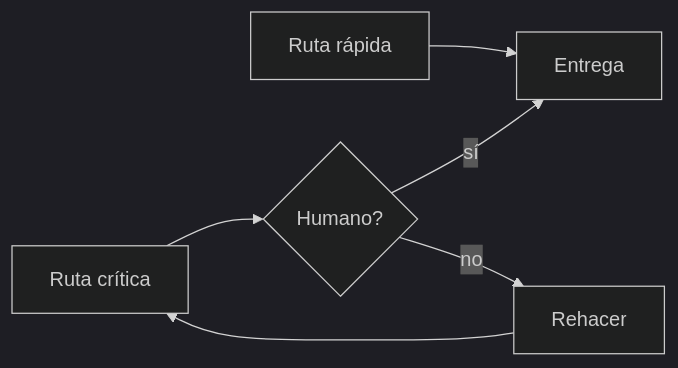
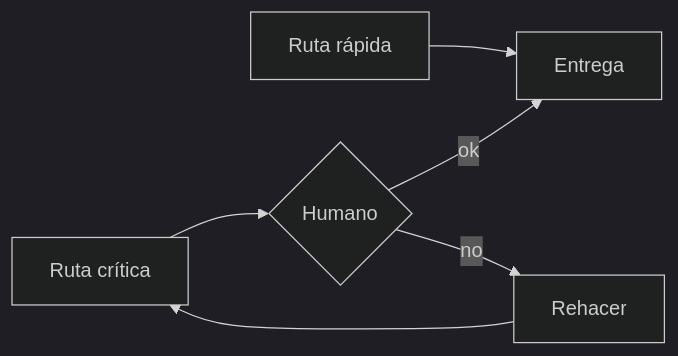
One commit to SERGIOIVORRA/Manual-Software-Factory-ES changed the diagram in README.md. Above: the diagram before and after it, drawn with Mermaid (dark theme). The commit also changed other lines of this file and 5 other files, not shown here.

Commit message:
Upgrade README diagrams to clearer pro visual boards

````diff
--- a/README.md
+++ b/README.md
@@ -66,8 +25,8 @@
 ```mermaid
 flowchart LR
-  Auto[Ruta rápida] --> OK[Entrega]
-  Crit[Ruta crítica] --> H{Humano?}
-  H -->|sí| OK
-  H -->|no| Fix[Rehacer]
-  Fix --> Crit
+  A[Ruta rápida] --> OK[Entrega]
+  B[Ruta crítica] --> H{Humano}
+  H -->|ok| OK
+  H -->|no| R[Rehacer]
+  R --> B
 ```
````
